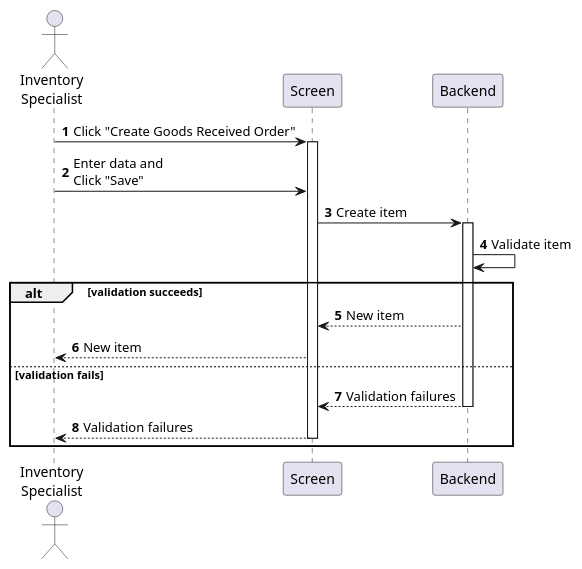
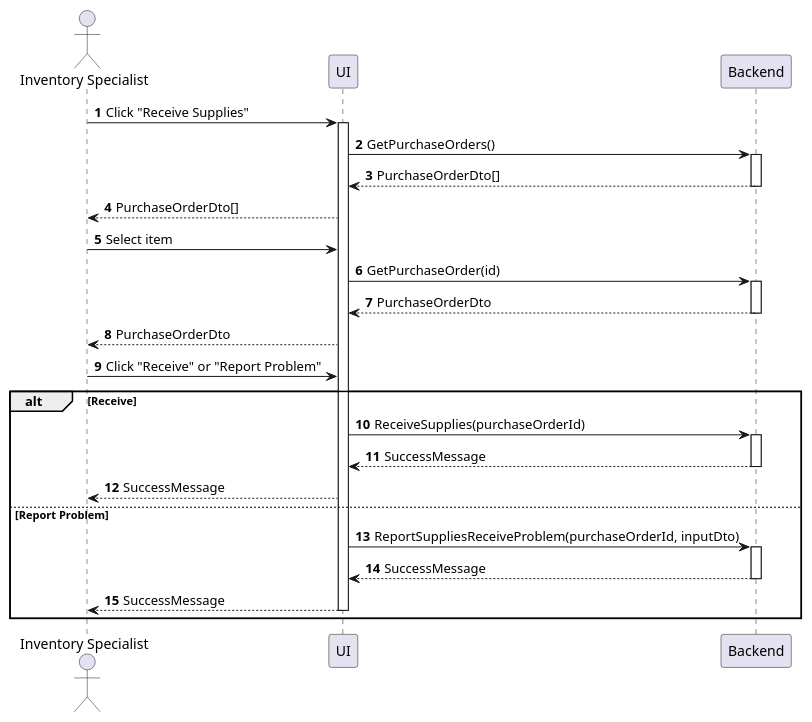
Before and after one commit to phihungha/scmss-reqs: the diagram in sequences/inventory-supply-receive.plantuml, drawn with PlantUML. The commit also changed 17 other files, not shown here.

Commit message:
Improve inventory sequences

```diff
--- a/sequences/inventory-supply-receive.plantuml
+++ b/sequences/inventory-supply-receive.plantuml
@@ -1,22 +1,33 @@
 @startuml inventory-supply-receive
 autonumber
 
-actor "Inventory\nSpecialist" as a
-participant Screen as f
+actor "Inventory Specialist" as a
+participant UI as f
 participant Backend as b
 
-a -> f : Click "Create Goods Received Order"
+a -> f : Click "Receive Supplies"
 activate f
-a -> f : Enter data and\nClick "Save"
-f -> b : Create item
+f -> b : GetPurchaseOrders()
 activate b
-b -> b : Validate item
+return PurchaseOrderDto[]
+f --> a : PurchaseOrderDto[]
+a -> f : Select item
+f -> b : GetPurchaseOrder(id)
+activate b
+return PurchaseOrderDto
+f --> a : PurchaseOrderDto
+a -> f : Click "Receive" or "Report Problem"
 
-alt validation succeeds
-    b --> f : New item
-    f --> a : New item
-else validation fails
-    return Validation failures
-    return Validation failures
+alt Receive
+    f -> b : ReceiveSupplies(purchaseOrderId)
+    activate b
+    return SuccessMessage
+    f --> a : SuccessMessage
+else Report Problem
+    f -> b : ReportSuppliesReceiveProblem(purchaseOrderId, inputDto)
+    activate b
+    return SuccessMessage
+    f --> a : SuccessMessage
+    deactivate f
 end
 @enduml
```
